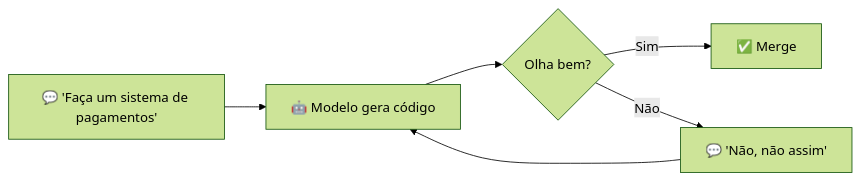
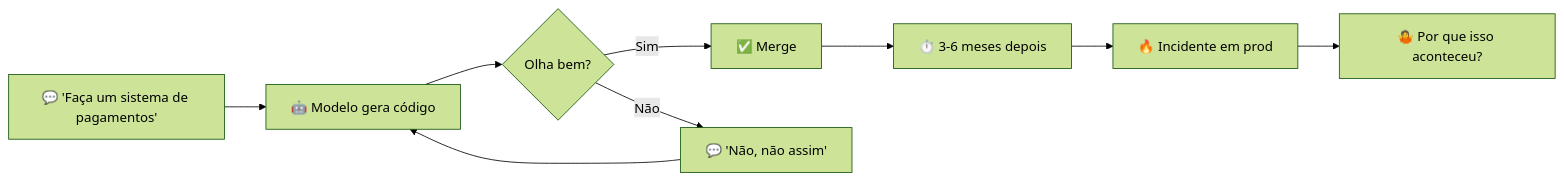
One commit to josenaldo/codex-technomanticus changed the first of 5 diagrams in 03-Dominios/Tecnologia/IA/Spec-Driven Development/01 - O problema do vibe coding em produção.md. Above: the diagram before and after it, drawn with Mermaid (forest theme). The commit also changed other lines of this file, not shown here.

````diff
--- a/03-Dominios/Tecnologia/IA/Spec-Driven Development/01 - O problema do vibe coding em produção.md
+++ b/03-Dominios/Tecnologia/IA/Spec-Driven Development/01 - O problema do vibe coding em produção.md
@@ -29,8 +31,11 @@
 ```mermaid
 graph LR
     A["💬 'Faça um sistema de pagamentos'"] --> B["🤖 Modelo gera código"]
     B --> C{"Olha bem?"}
     C -->|Sim| D["✅ Merge"]
     C -->|Não| E["💬 'Não, não assim'"]
     E --> B
+    D --> F["⏱️ 3-6 meses depois"]
+    F --> G["🔥 Incidente em prod"]
+    G --> H["🤷 Por que isso aconteceu?"]
 ```
````
